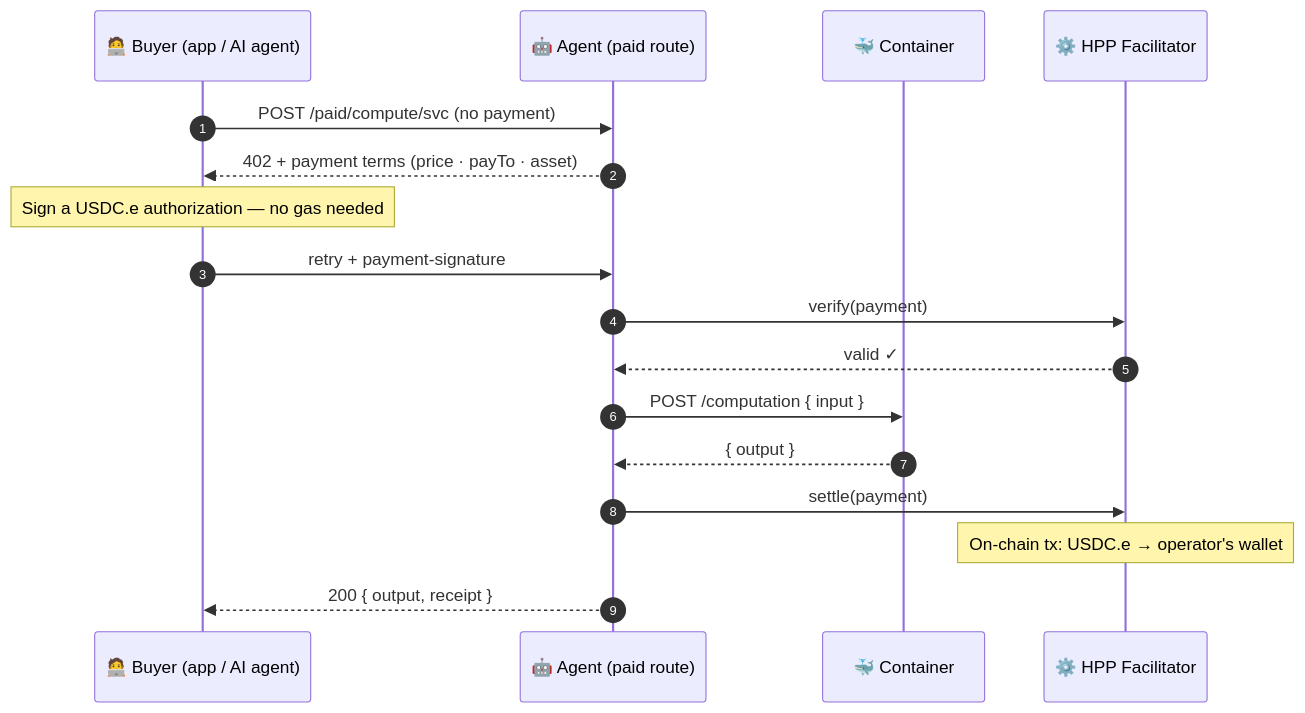
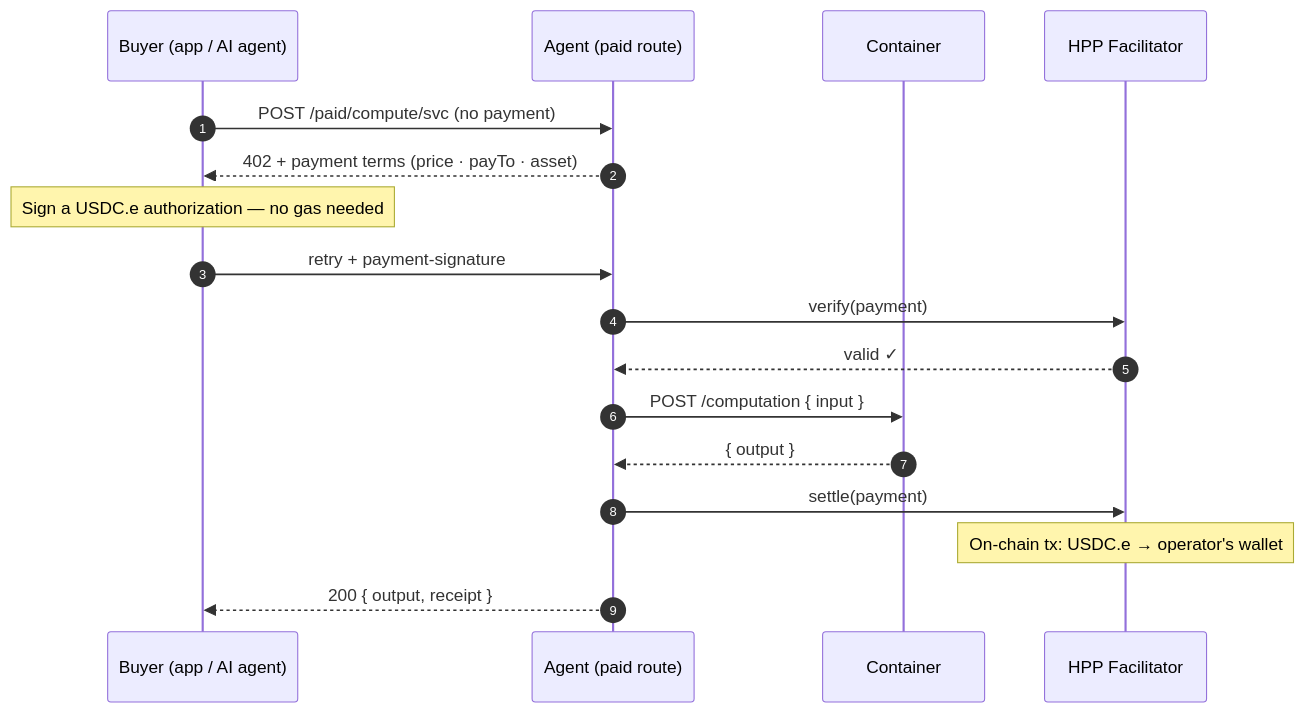
One commit to hpp-io/docs changed the second of 2 diagrams in noosphere/how-it-works.md. Above: the diagram before and after it, drawn with Mermaid. The commit also changed other lines of this file and 14 other files, not shown here.

````diff
--- a/noosphere/how-it-works.md
+++ b/noosphere/how-it-works.md
@@ -78,19 +78,19 @@
 ```mermaid
 sequenceDiagram
     autonumber
-    participant B as 🧑‍💻 Buyer (app / AI agent)
-    participant A as 🤖 Agent (paid route)
-    participant D as 🐳 Container
-    participant F as ⚙️ HPP Facilitator
+    participant B as Buyer (app / AI agent)
+    participant A as Agent (paid route)
+    participant D as Container
+    participant F as HPP Facilitator
     B->>A: POST /paid/compute/svc  (no payment)
     A-->>B: 402 + payment terms (price · payTo · asset)
     Note over B: Sign a USDC.e authorization — no gas needed
     B->>A: retry + payment-signature
     A->>F: verify(payment)
     F-->>A: valid ✓
     A->>D: POST /computation { input }
     D-->>A: { output }
     A->>F: settle(payment)
     Note over F: On-chain tx: USDC.e → operator's wallet
     A-->>B: 200 { output, receipt }
 ```
````
